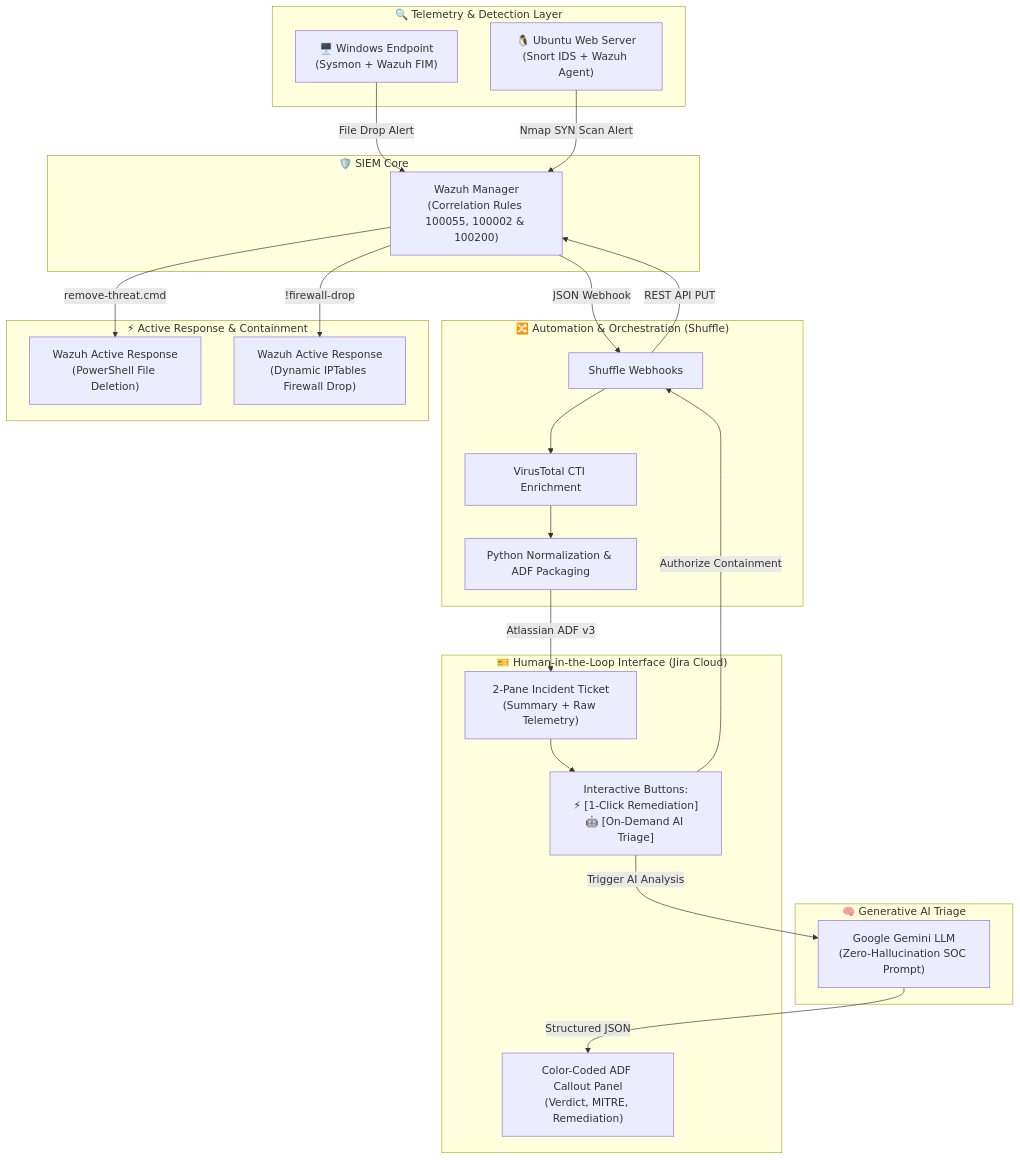
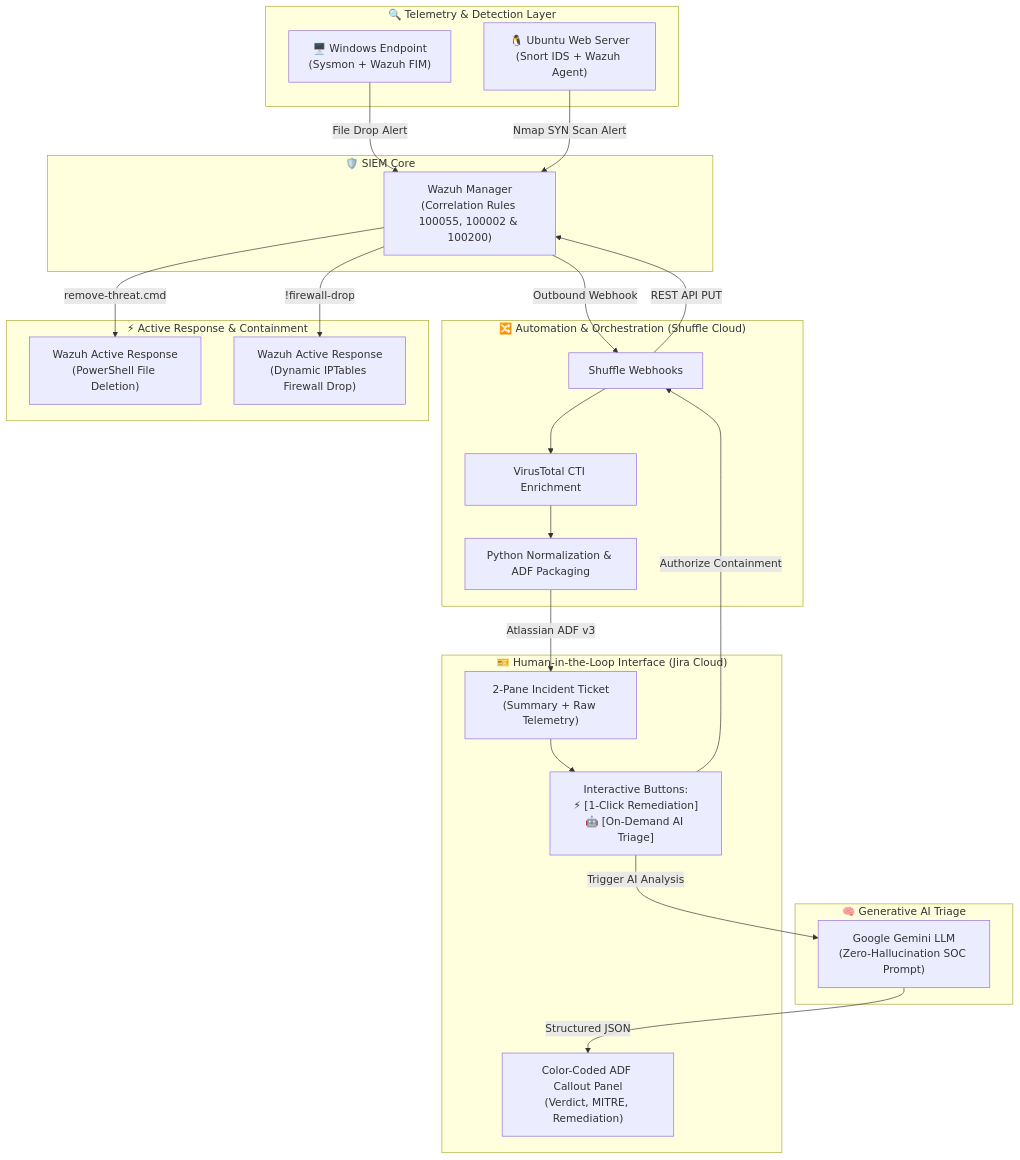
One commit to mikeH1fsd/soc-soar-ai-lab changed the diagram in README.md. Above: the diagram before and after it, drawn with Mermaid. The commit also changed other lines of this file, not shown here.

````diff
--- a/README.md
+++ b/README.md
@@ -25,46 +25,46 @@
 ```mermaid
 flowchart TD
     subgraph Detection["🔍 Telemetry & Detection Layer"]
         A1["🖥️ Windows Endpoint<br/>(Sysmon + Wazuh FIM)"]
         A2["🐧 Ubuntu Web Server<br/>(Snort IDS + Wazuh Agent)"]
     end
 
     subgraph SIEM["🛡️ SIEM Core"]
         W1["Wazuh Manager<br/>(Correlation Rules 100055, 100002 & 100200)"]
     end
 
-    subgraph SOAR["🔀 Automation & Orchestration (Shuffle)"]
+    subgraph SOAR["🔀 Automation & Orchestration (Shuffle Cloud)"]
         S1["Shuffle Webhooks"]
         S2["Python Normalization & ADF Packaging"]
         S3["VirusTotal CTI Enrichment"]
     end
 
     subgraph AI["🧠 Generative AI Triage"]
         G1["Google Gemini LLM<br/>(Zero-Hallucination SOC Prompt)"]
     end
 
     subgraph ITSM["🎫 Human-in-the-Loop Interface (Jira Cloud)"]
         J1["2-Pane Incident Ticket<br/>(Summary + Raw Telemetry)"]
         J2["Interactive Buttons:<br/>⚡ [1-Click Remediation]<br/>🤖 [On-Demand AI Triage]"]
         J3["Color-Coded ADF Callout Panel<br/>(Verdict, MITRE, Remediation)"]
     end
 
     subgraph Response["⚡ Active Response & Containment"]
         R1["Wazuh Active Response<br/>(PowerShell File Deletion)"]
         R2["Wazuh Active Response<br/>(Dynamic IPTables Firewall Drop)"]
     end
 
     A1 -->|File Drop Alert| W1
     A2 -->|Nmap SYN Scan Alert| W1
-    W1 -->|JSON Webhook| S1
+    W1 -->|Outbound Webhook| S1
     S1 --> S3
     S3 --> S2
     S2 -->|Atlassian ADF v3| J1
     J1 --> J2
     J2 -->|Trigger AI Analysis| G1
     G1 -->|Structured JSON| J3
     J2 -->|Authorize Containment| S1
     S1 -->|REST API PUT| W1
     W1 -->|remove-threat.cmd| R1
     W1 -->|!firewall-drop| R2
 ```
````
